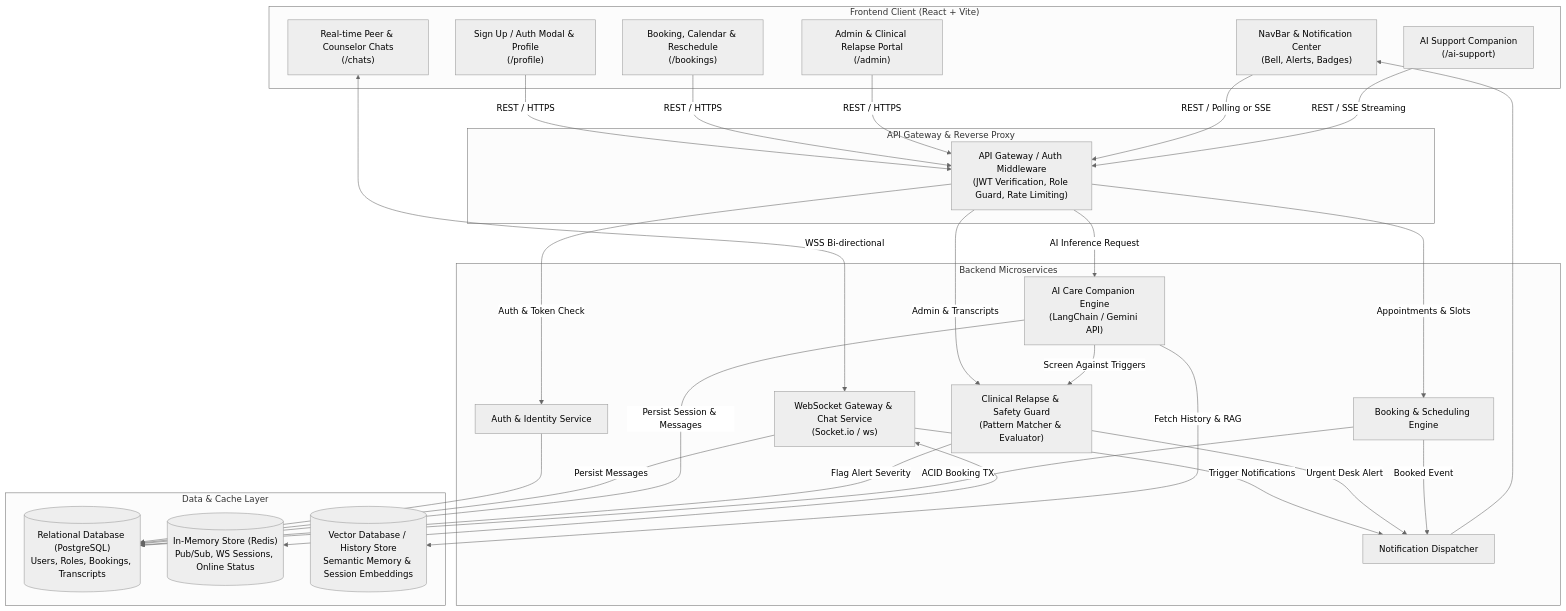
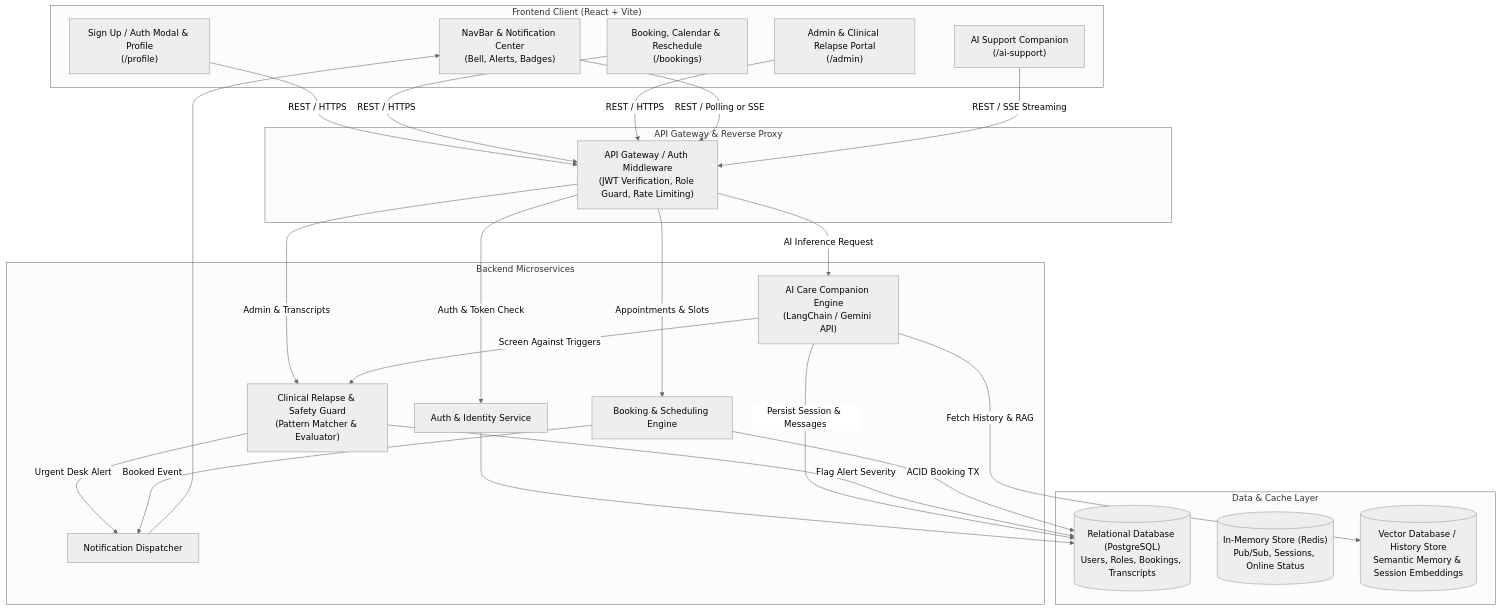
The first of 6 diagrams in DATA_FLOW_AND_ARCHITECTURE.md (Kimi-Yaps/coherent), drawn with Mermaid (neutral theme) before and after one commit. The commit also changed other lines of this file and 42 other files, not shown here.

````diff
--- a/DATA_FLOW_AND_ARCHITECTURE.md
+++ b/DATA_FLOW_AND_ARCHITECTURE.md
@@ -11,60 +11,54 @@
 ```mermaid
 flowchart TD
     subgraph Client ["Frontend Client (React + Vite)"]
         UI_Nav["NavBar & Notification Center<br/>(Bell, Alerts, Badges)"]
         UI_Auth["Sign Up / Auth Modal & Profile<br/>(/profile)"]
         UI_AI["AI Support Companion<br/>(/ai-support)"]
-        UI_Chat["Real-time Peer & Counselor Chats<br/>(/chats)"]
         UI_Book["Booking, Calendar & Reschedule<br/>(/bookings)"]
         UI_Admin["Admin & Clinical Relapse Portal<br/>(/admin)"]
     end
 
     subgraph Gateway ["API Gateway & Reverse Proxy"]
         AG["API Gateway / Auth Middleware<br/>(JWT Verification, Role Guard, Rate Limiting)"]
     end
 
     subgraph Services ["Backend Microservices"]
         AuthSvc["Auth & Identity Service"]
-        ChatWSSvc["WebSocket Gateway & Chat Service<br/>(Socket.io / ws)"]
         AISvc["AI Care Companion Engine<br/>(LangChain / Gemini API)"]
         WatchlistEngine["Clinical Relapse & Safety Guard<br/>(Pattern Matcher & Evaluator)"]
         BookingSvc["Booking & Scheduling Engine"]
         NotifSvc["Notification Dispatcher"]
     end
 
     subgraph DataStore ["Data & Cache Layer"]
         DB_SQL[("Relational Database (PostgreSQL)<br/>Users, Roles, Bookings, Transcripts")]
-        DB_Redis[("In-Memory Store (Redis)<br/>Pub/Sub, WS Sessions, Online Status")]
+        DB_Redis[("In-Memory Store (Redis)<br/>Pub/Sub, Sessions, Online Status")]
         DB_Vector[("Vector Database / History Store<br/>Semantic Memory & Session Embeddings")]
     end
 
     %% UI Connections
     UI_Auth -->|REST / HTTPS| AG
     UI_Book -->|REST / HTTPS| AG
     UI_Admin -->|REST / HTTPS| AG
     UI_Nav -->|REST / Polling or SSE| AG
     UI_AI -->|REST / SSE Streaming| AG
-    UI_Chat <-->|WSS Bi-directional| ChatWSSvc
 
     %% Gateway Routing
     AG -->|Auth & Token Check| AuthSvc
     AG -->|Appointments & Slots| BookingSvc
     AG -->|Admin & Transcripts| WatchlistEngine
     AG -->|AI Inference Request| AISvc
 
     %% Service to Service & Storage
     AuthSvc --> DB_SQL
-    ChatWSSvc <--> DB_Redis
-    ChatWSSvc -->|Persist Messages| DB_SQL
-    ChatWSSvc -->|Trigger Notifications| NotifSvc
     
     AISvc -->|Fetch History & RAG| DB_Vector
     AISvc -->|Screen Against Triggers| WatchlistEngine
     AISvc -->|Persist Session & Messages| DB_SQL
     WatchlistEngine -->|Flag Alert Severity| DB_SQL
     WatchlistEngine -->|Urgent Desk Alert| NotifSvc
 
     BookingSvc -->|ACID Booking TX| DB_SQL
     BookingSvc -->|Booked Event| NotifSvc
     NotifSvc --> UI_Nav
 ```
````
